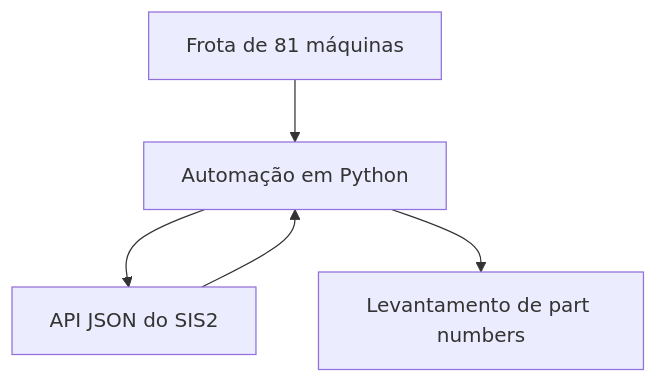
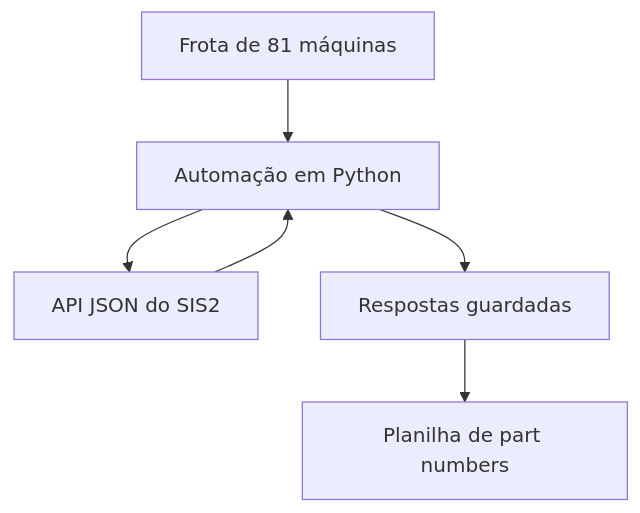
Before and after one commit to GabrielFDA7/GabrielFDA7.github.io: the diagram in src/content/projetos/integracao-api-sis2.md, drawn with Mermaid. The commit also changed other lines of this file and 8 other files, not shown here.

````diff
--- a/src/content/projetos/integracao-api-sis2.md
+++ b/src/content/projetos/integracao-api-sis2.md
@@ -32,9 +30,10 @@
 ```mermaid
 flowchart TD
   accTitle: Fluxo da integração com o SIS2
-  accDescr: Uma lista de máquinas alimenta a automação em Python, que consulta a API JSON do SIS2 e produz o levantamento de part numbers.
+  accDescr: Uma lista de máquinas alimenta a automação em Python, que consulta a API JSON do SIS2, guarda cada resposta e monta a planilha de part numbers.
   L[Frota de 81 máquinas] --> P[Automação em Python]
   P --> A[API JSON do SIS2]
   A --> P
-  P --> R[Levantamento de part numbers]
+  P --> S[Respostas guardadas]
+  S --> R[Planilha de part numbers]
 ```
````
